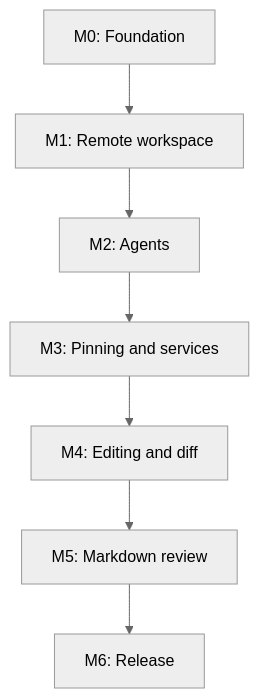
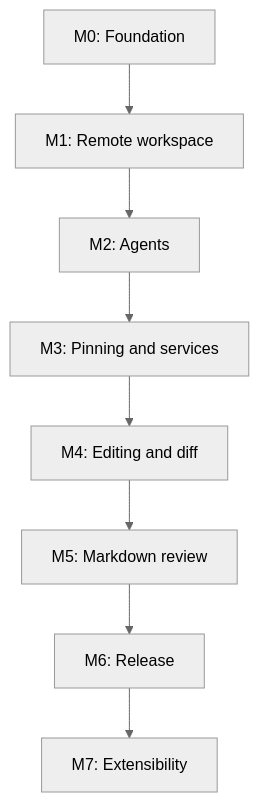
Before and after one commit to njreid/choosh: the diagram in docs/milestones/README.md, drawn with Mermaid (neutral theme). The commit also changed other lines of this file and 2 other files, not shown here.

Commit message:
Specify M7 versioned extensibility boundary

````diff
--- a/docs/milestones/README.md
+++ b/docs/milestones/README.md
@@ -5,6 +5,6 @@
 ```mermaid
 flowchart TD
  M0["M0: Foundation"] --> M1["M1: Remote workspace"]
  M1 --> M2["M2: Agents"] --> M3["M3: Pinning and services"]
- M3 --> M4["M4: Editing and diff"] --> M5["M5: Markdown review"] --> M6["M6: Release"]
+ M3 --> M4["M4: Editing and diff"] --> M5["M5: Markdown review"] --> M6["M6: Release"] --> M7["M7: Extensibility"]
 ```
````
